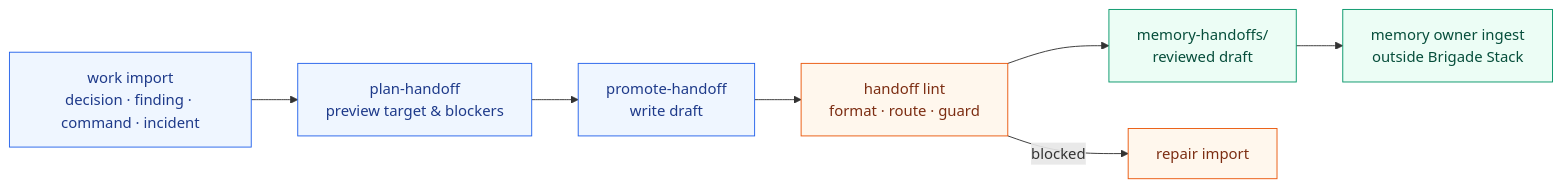
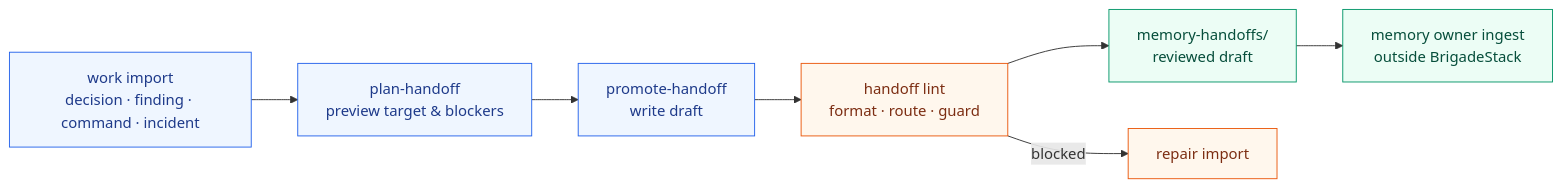
One commit to escoffier-labs/brigade changed the eighth of 12 diagrams in docs/overview.md. Above: the diagram before and after it, drawn with Mermaid. The commit also changed other lines of this file and 42 other files, not shown here.

First line of the commit message:
docs: use BrigadeStack and refresh repository links

````diff
--- a/docs/overview.md
+++ b/docs/overview.md
@@ -482,19 +482,19 @@
 ```mermaid
 flowchart LR
     IMPORT["work import<br/>decision · finding · command · incident"]
     PLAN["plan-handoff<br/>preview target & blockers"]
     PROMOTE["promote-handoff<br/>write draft"]
     LINT["handoff lint<br/>format · route · guard"]
     DRAFT["memory-handoffs/<br/>reviewed draft"]
-    OWNER["memory owner ingest<br/>outside Brigade Stack"]
+    OWNER["memory owner ingest<br/>outside BrigadeStack"]
 
     IMPORT --> PLAN --> PROMOTE --> LINT --> DRAFT --> OWNER
     LINT -->|blocked| REPAIR["repair import"]
 
     classDef import fill:#eff6ff,stroke:#2563eb,color:#1e3a8a;
     classDef gate fill:#fff7ed,stroke:#ea580c,color:#7c2d12;
     classDef memory fill:#ecfdf5,stroke:#059669,color:#064e3b;
     class IMPORT,PLAN,PROMOTE import;
     class LINT,REPAIR gate;
     class DRAFT,OWNER memory;
 ```
````
